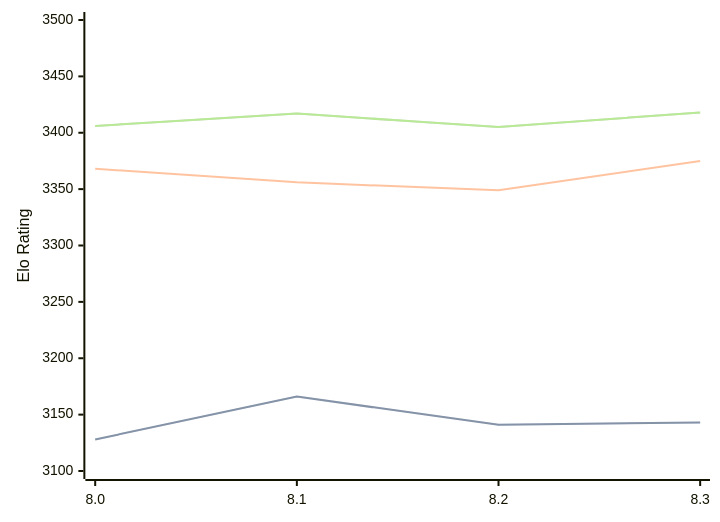
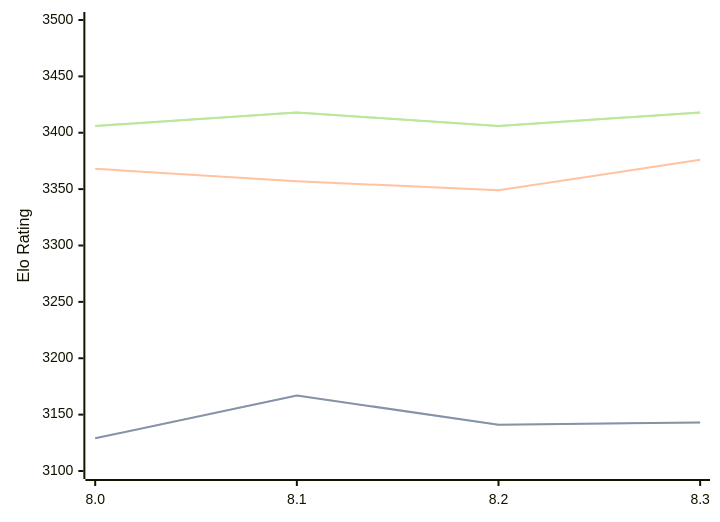
Before and after one commit to computer-chess-index/cci: the third of 3 diagrams in engines/Alexander.md, drawn with Mermaid. The commit also changed other lines of this file, not shown here.

Commit message:
Update CCI Ratings (ELO VLTC) - 2026-07-13

````diff
--- a/engines/Alexander.md
+++ b/engines/Alexander.md
@@ -81,11 +81,11 @@
 ```mermaid
 %%{init: {"theme":"base","themeVariables":{"seriesColors:['#a3a3a3','#222221','#faa371']}}}%%
 xychart-beta
   x-axis ["8.0", "8.1", "8.2", "8.3"]
   y-axis "Elo Rating" 3100 --> 3500
-  line "STC (8.0+0.08s)" [3128, 3166, 3141, 3143]
-  line "STC (8.0+0.08s)" [3128, 3166, 3141, 3143]
-  line "LTC (60.0+0.60s)" [3368, 3356, 3349, 3375]
-  line "VLTC (2m24s+1.12s)" [3406, 3417, 3405, 3418]
-  line "VLTC (2m24s+1.12s)" [3406, 3417, 3405, 3418]
+  line "STC (8.0+0.08s)" [3129, 3167, 3141, 3143]
+  line "STC (8.0+0.08s)" [3129, 3167, 3141, 3143]
+  line "LTC (60.0+0.60s)" [3368, 3357, 3349, 3376]
+  line "VLTC (2m24s+1.12s)" [3406, 3418, 3406, 3418]
+  line "VLTC (2m24s+1.12s)" [3406, 3418, 3406, 3418]
 ```
````
